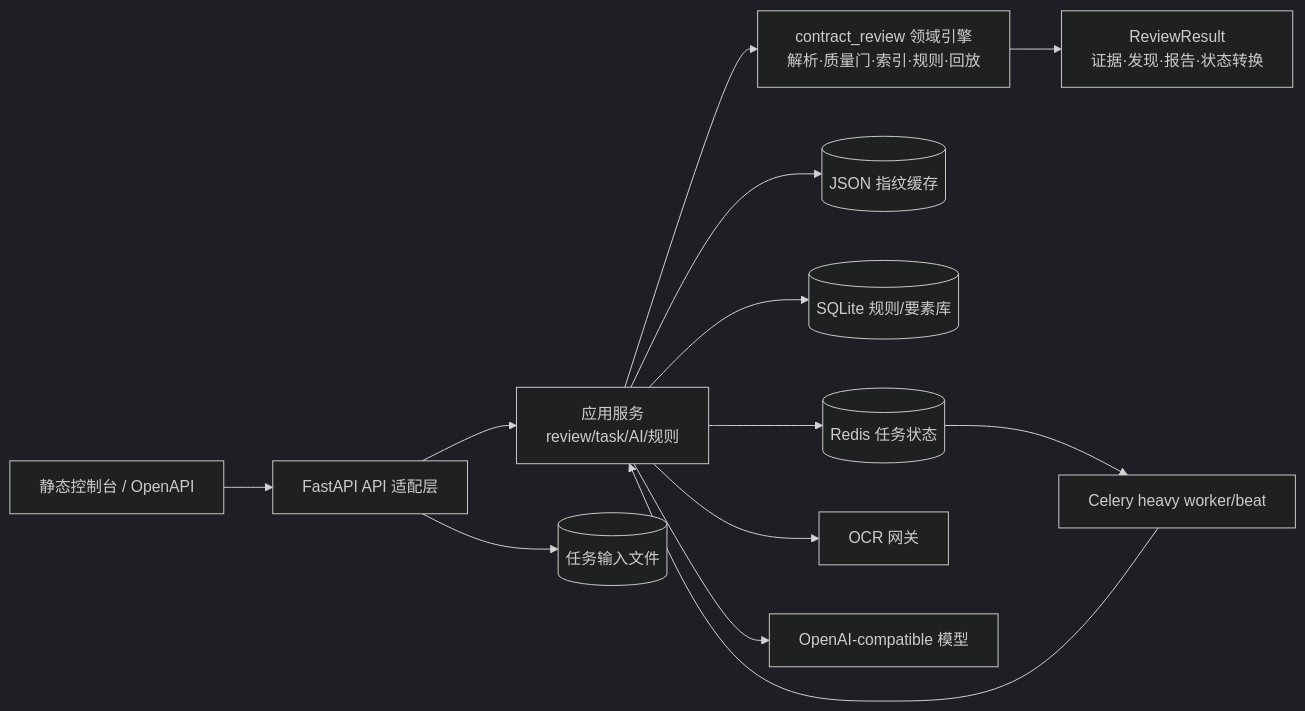
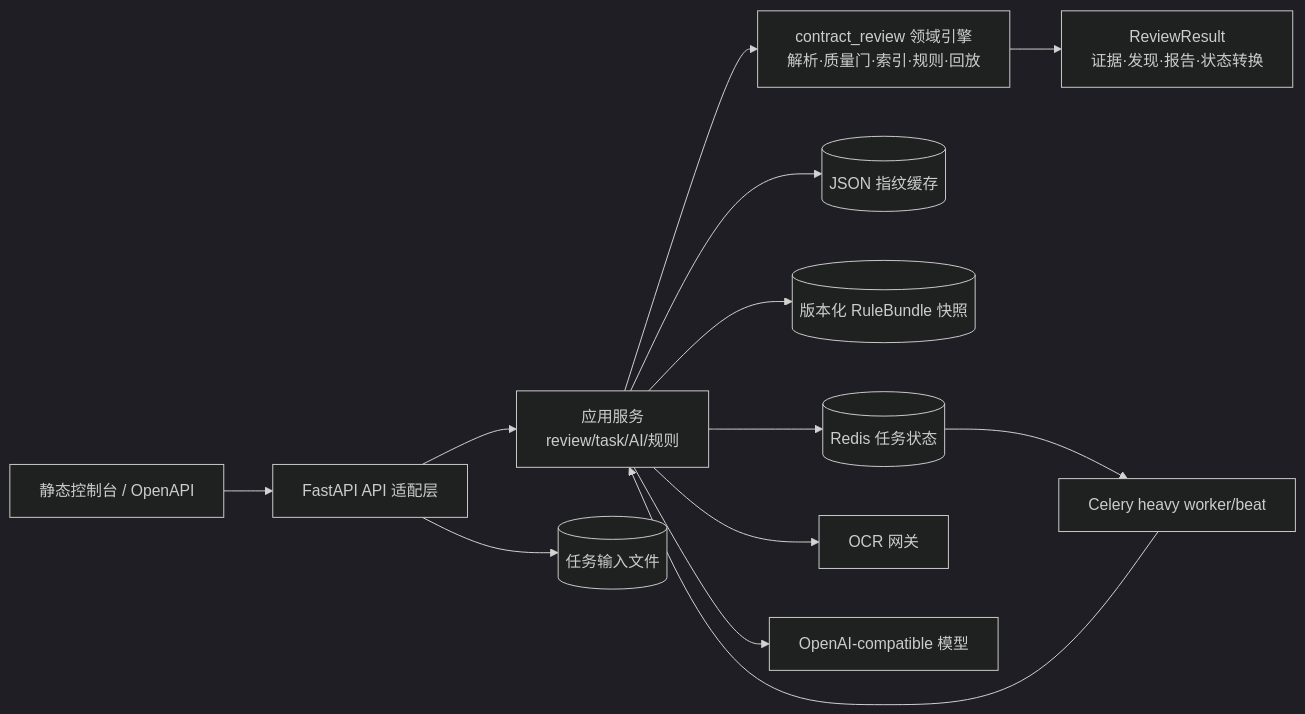
Before and after one commit to GUNJOTH/contract-review-agent: the diagram in docs/ARCHITECTURE.md, drawn with Mermaid (dark theme). The commit also changed other lines of this file and 85 other files, not shown here.

````diff
--- a/docs/ARCHITECTURE.md
+++ b/docs/ARCHITECTURE.md
@@ -20,15 +20,15 @@
 ```mermaid
 flowchart LR
     UI[静态控制台 / OpenAPI] --> API[FastAPI API 适配层]
     API --> APP[应用服务\nreview/task/AI/规则]
     APP --> ENGINE[contract_review 领域引擎\n解析·质量门·索引·规则·回放]
     APP --> CACHE[(JSON 指纹缓存)]
-    APP --> RULEDB[(SQLite 规则/要素库)]
+    APP --> RULES[(版本化 RuleBundle 快照)]
     APP --> REDIS[(Redis 任务状态)]
     APP --> OCR[OCR 网关]
     APP --> LLM[OpenAI-compatible 模型]
     API --> FILES[(任务输入文件)]
     REDIS --> CELERY[Celery heavy worker/beat]
     CELERY --> APP
     ENGINE --> RESULT[ReviewResult\n证据·发现·报告·状态转换]
 ```
````
